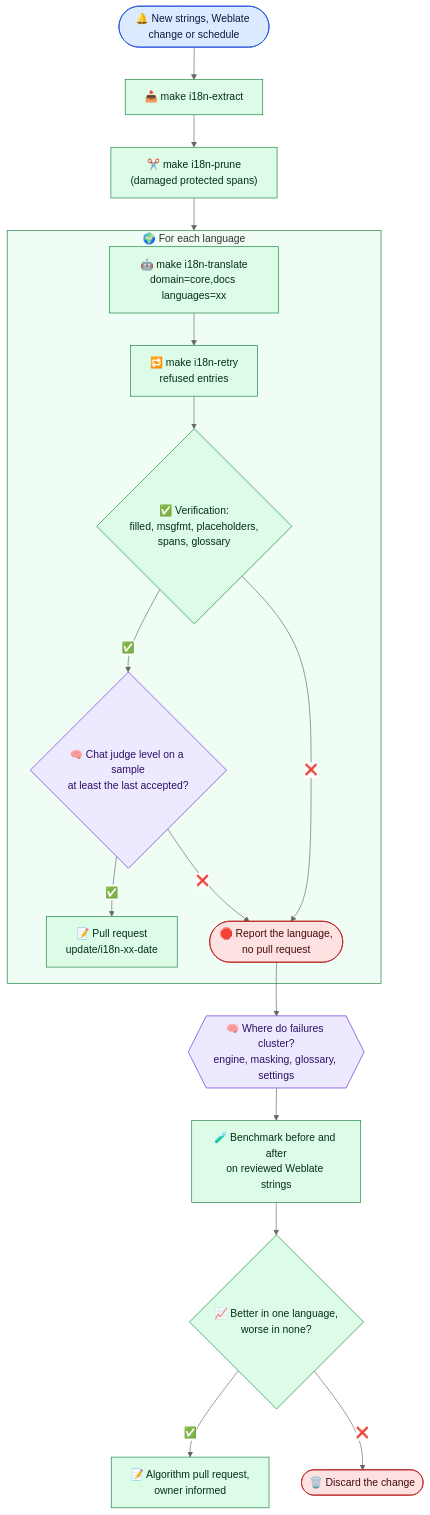
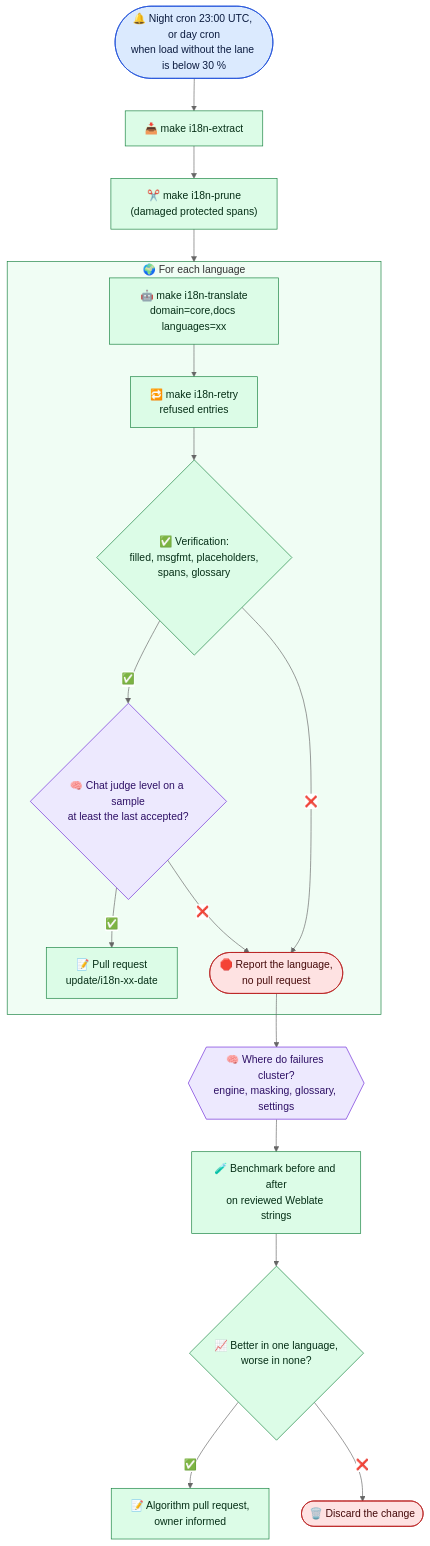
The seventh of 22 diagrams in docs/requirements/041-agents-restructuring.md (kevinveenbirkenbach/infinito-nexus-core), drawn with Mermaid (neutral theme) before and after one commit. The commit also changed other lines of this file, not shown here.

First line of the commit message:
docs(requirements): add crons, role overrides, KeePass credentials and architecture to the agents specification

````diff
--- a/docs/requirements/041-agents-restructuring.md
+++ b/docs/requirements/041-agents-restructuring.md
@@ -449,38 +558,38 @@
 ```mermaid
 flowchart TD
-  T1(["🔔 New strings, Weblate change or schedule"])
+  T1(["🔔 Night cron 23:00 UTC, or day cron<br/>when load without the lane is below 30 %"])
   D1["📥 make i18n-extract"]
   D2["✂️ make i18n-prune<br/>(damaged protected spans)"]
   subgraph PERLANG["🌍 For each language"]
     D3["🤖 make i18n-translate<br/>domain=core,docs languages=xx"]
     D4["🔁 make i18n-retry<br/>refused entries"]
     D5{"✅ Verification:<br/>filled, msgfmt, placeholders,<br/>spans, glossary"}
     D6{"🧠 Chat judge level on a sample<br/>at least the last accepted?"}
     D7["📝 Pull request<br/>update/i18n-xx-date"]
     D8(["🛑 Report the language,<br/>no pull request"])
     D3 --> D4 --> D5
     D5 -->|"✅"| D6
     D5 -->|"❌"| D8
     D6 -->|"✅"| D7
     D6 -->|"❌"| D8
   end
   L1{{"🧠 Where do failures cluster?<br/>engine, masking, glossary, settings"}}
   D9["🧪 Benchmark before and after<br/>on reviewed Weblate strings"]
   D10{"📈 Better in one language,<br/>worse in none?"}
   D11["📝 Algorithm pull request,<br/>owner informed"]
   D12(["🗑️ Discard the change"])
   T1 --> D1 --> D2 --> PERLANG
   D8 --> L1 --> D9 --> D10
   D10 -->|"✅"| D11
   D10 -->|"❌"| D12
   classDef trigger fill:#dbeafe,stroke:#1d4ed8,color:#0b1b3f
   classDef det fill:#dcfce7,stroke:#15803d,color:#052e16
   classDef llm fill:#ede9fe,stroke:#6d28d9,color:#2e1065
   classDef good fill:#ccfbf1,stroke:#0f766e,color:#042f2e
   classDef stop fill:#fee2e2,stroke:#b91c1c,color:#450a0a
   class T1 trigger
   class D1,D2,D3,D4,D5,D7,D9,D10,D11 det
   class D6,L1 llm
   class D12,D8 stop
   style PERLANG fill:#f0fdf4,stroke:#15803d
 ```
````
